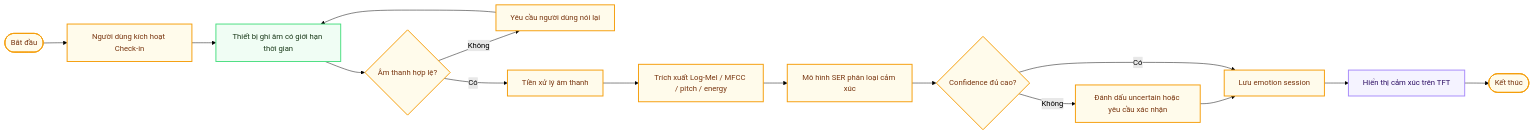
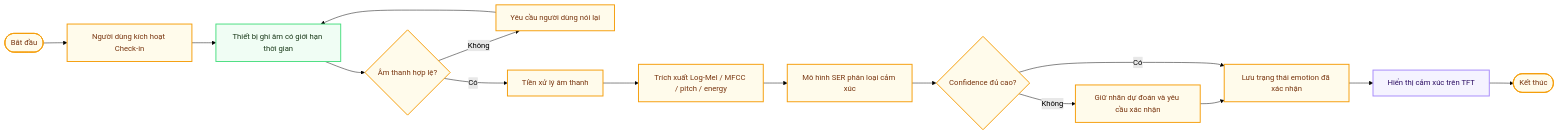
One commit to Computer-Vision-HCMUS/AIoT-Server changed the second of 6 diagrams in docs/Spectification/EmotiCareAIoT/03_Objectives.md. Above: the diagram before and after it, drawn with Mermaid (forest theme). The commit also changed other lines of this file and 37 other files, not shown here.

````diff
--- a/docs/Spectification/EmotiCareAIoT/03_Objectives.md
+++ b/docs/Spectification/EmotiCareAIoT/03_Objectives.md
@@ -129,34 +131,34 @@
 ```mermaid
 flowchart LR
     Start([Bắt đầu])
     Activate["Người dùng kích hoạt Check-in"]
     Record["Thiết bị ghi âm có giới hạn thời gian"]
     Valid{"Âm thanh hợp lệ?"}
     Retry["Yêu cầu người dùng nói lại"]
     Preprocess["Tiền xử lý âm thanh"]
     Feature["Trích xuất Log-Mel / MFCC / pitch / energy"]
     Infer["Mô hình SER phân loại cảm xúc"]
     Confidence{"Confidence đủ cao?"}
-    Uncertain["Đánh dấu uncertain hoặc yêu cầu xác nhận"]
-    Save["Lưu emotion session"]
+    Uncertain["Giữ nhãn dự đoán và yêu cầu xác nhận"]
+    Save["Lưu trạng thái emotion đã xác nhận"]
     Display["Hiển thị cảm xúc trên TFT"]
     End([Kết thúc])
 
     Start --> Activate --> Record --> Valid
     Valid -- "Không" --> Retry --> Record
     Valid -- "Có" --> Preprocess --> Feature --> Infer --> Confidence
     Confidence -- "Không" --> Uncertain --> Save
     Confidence -- "Có" --> Save
     Save --> Display --> End
 
 
     classDef userNode stroke:#818cf8,fill:#eef2ff,stroke-width:2px,color:#1e1b4b
     classDef edgeNode stroke:#a78bfa,fill:#f5f3ff,stroke-width:2px,color:#2e1065
     classDef cacheNode stroke:#2dd4bf,fill:#f0fdfa,stroke-width:2px,color:#0d5a57
     classDef cloudNode stroke:#38bdf8,fill:#f0f9ff,stroke-width:2px,color:#0c3d67
     classDef serviceNode stroke:#4ade80,fill:#f0fdf4,stroke-width:2px,color:#1a3a1a
     classDef actionNode stroke:#f59e0b,fill:#fffbeb,stroke-width:2px,color:#78350f
     class Display edgeNode
     class Record serviceNode
     class Start,Activate,Valid,Retry,Preprocess,Feature,Infer,Confidence,Uncertain,Save,End actionNode
 ```
````
